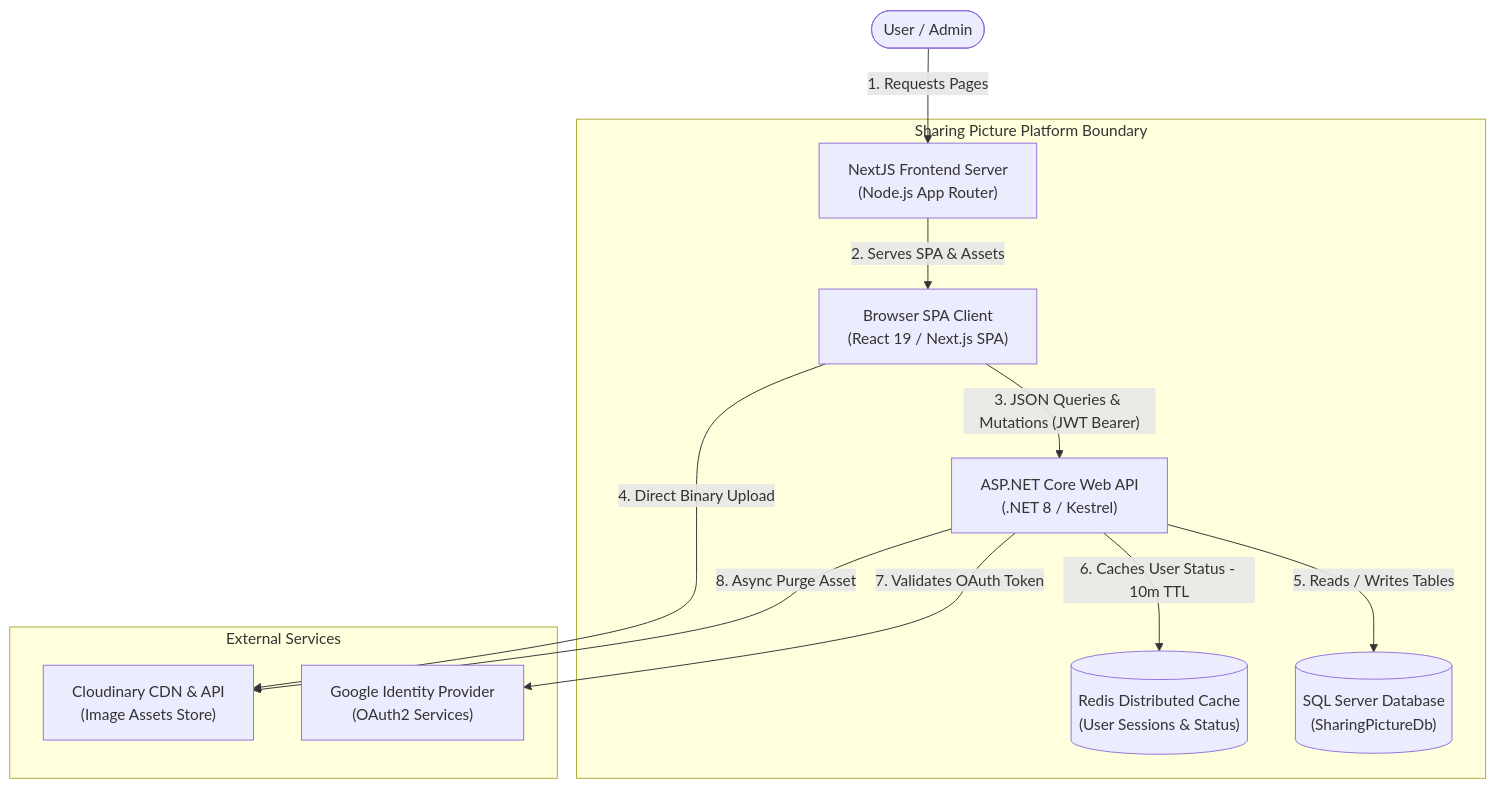
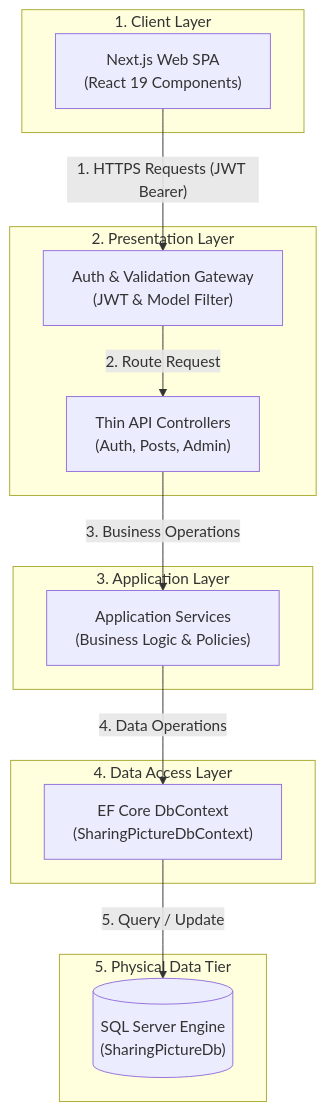
The diagram in docs/onboarding/02_architecture_and_database.md (Monomee/Project.Web.Picterest-Sharing-Picture-Website), drawn with Mermaid before and after one commit. The commit also changed 1 other file, not shown here.

Commit message:
feat: hashing on client side

````diff
--- a/docs/onboarding/02_architecture_and_database.md
+++ b/docs/onboarding/02_architecture_and_database.md
@@ -11,26 +11,35 @@
 ```mermaid
 graph TD
-    User([User / Admin])
-
-    subgraph SPA_Boundary ["Sharing Picture Platform Boundary"]
-        NextJS["NextJS Frontend Server<br>(Node.js App Router)"]
-        SPA["Browser SPA Client<br>(React 19 / Next.js SPA)"]
-        API["ASP.NET Core Web API<br>(.NET 8 / Kestrel)"]
-        Database[("SQL Server Database<br>(SharingPictureDb)")]
-        Redis[("Redis Distributed Cache<br>(User Sessions & Status)")]
+    %% Layer 1: Client Layer
+    subgraph Layer1 ["1. Client Layer"]
+        UI["Next.js Web SPA<br>(React 19 Components)"]
     end
 
-    subgraph External_Boundary ["External Services"]
-        Cloudinary["Cloudinary CDN & API<br>(Image Assets Store)"]
-        GoogleAuth["Google Identity Provider<br>(OAuth2 Services)"]
+    %% Layer 2: Presentation Layer
+    subgraph Layer2 ["2. Presentation Layer"]
+        Middleware["Auth & Validation Gateway<br>(JWT & Model Filter)"]
+        Controllers["Thin API Controllers<br>(Auth, Posts, Admin)"]
     end
 
-    User -->|1. Requests Pages| NextJS
-    NextJS -->|2. Serves SPA & Assets| SPA
-    SPA -->|"3. JSON Queries & Mutations (JWT Bearer)"| API
-    SPA -->|4. Direct Binary Upload| Cloudinary
-    API -->|5. Reads / Writes Tables| Database
-    API -->|"6. Caches User Status - 10m TTL"| Redis
-    API -->|7. Validates OAuth Token| GoogleAuth
-    API -->|8. Async Purge Asset| Cloudinary
+    %% Layer 3: Application Layer
+    subgraph Layer3 ["3. Application Layer"]
+        Services["Application Services<br>(Business Logic & Policies)"]
+    end
+
+    %% Layer 4: Data Access Layer
+    subgraph Layer4 ["4. Data Access Layer"]
+        DbContext["EF Core DbContext<br>(SharingPictureDbContext)"]
+    end
+
+    %% Layer 5: Physical Data Tier
+    subgraph Layer5 ["5. Physical Data Tier"]
+        DB[("SQL Server Engine<br>(SharingPictureDb)")]
+    end
+
+    %% Workflows
+    UI -->|"1. HTTPS Requests (JWT Bearer)"| Middleware
+    Middleware -->|"2. Route Request"| Controllers
+    Controllers -->|"3. Business Operations"| Services
+    Services -->|"4. Data Operations"| DbContext
+    DbContext -->|"5. Query / Update"| DB
 ```
````
